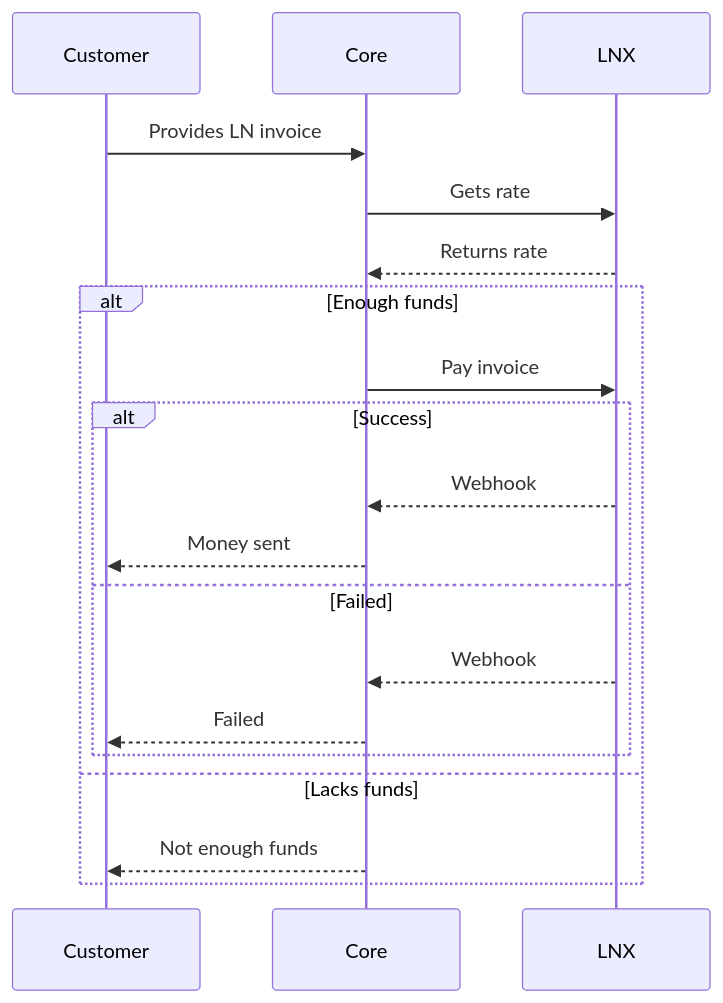
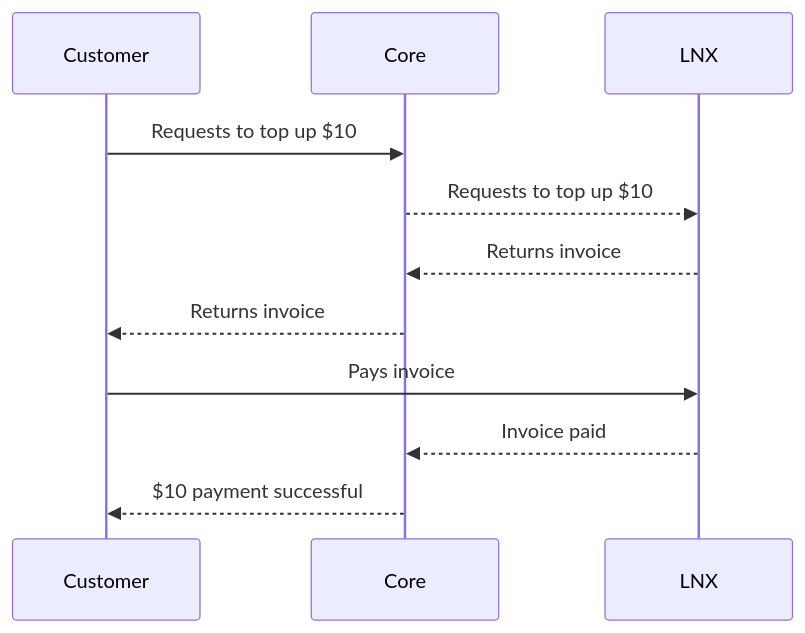
One commit to bloom-solutions/lnx-spec changed the first of 3 diagrams in 001-lnx-broker/readme.md. Above: the diagram before and after it, drawn with Mermaid.

Commit message:
docs: fix wrong cash in diagram

````diff
--- a/001-lnx-broker/readme.md
+++ b/001-lnx-broker/readme.md
@@ -17,21 +17,13 @@
 ```mermaid
 sequenceDiagram
     Participant Customer
     Participant Core
     Participant LNX
-    Customer->>Core: Provides LN invoice
-    Core->>LNX: Gets rate
-    LNX-->>Core: Returns rate
-    alt Enough funds
-        Core->>LNX: Pay invoice
-        alt Success
-            LNX-->>Core: Webhook
-            Core-->>Customer: Money sent
-        else Failed
-            LNX-->>Core: Webhook
-            Core-->>Customer: Failed
-        end
-    else Lacks funds
-        Core-->>Customer: Not enough funds
-    end
+    Customer->>Core: Requests to top up $10
+    Core-->>LNX: Requests to top up $10
+    LNX-->>Core: Returns invoice
+    Core-->>Customer: Returns invoice
+    Customer->>LNX: Pays invoice
+    LNX-->>Core: Invoice paid
+    Core-->>Customer: $10 payment successful
 ```
````
